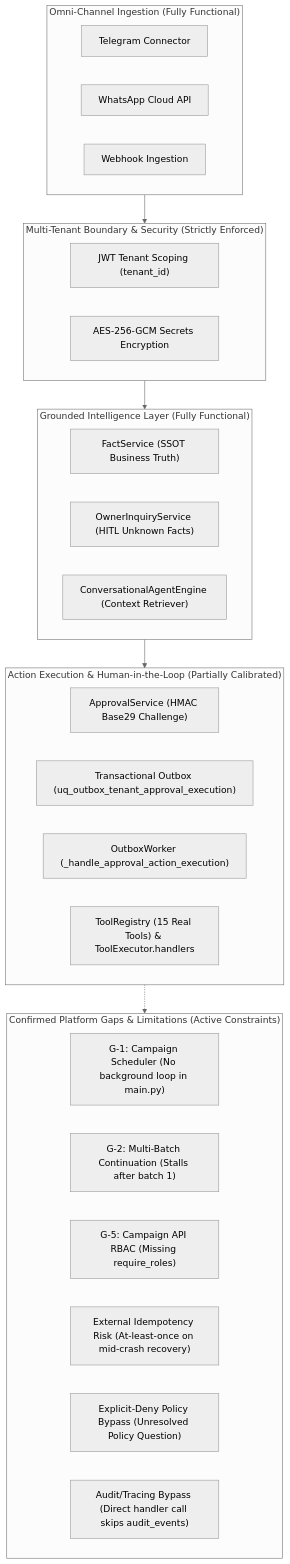
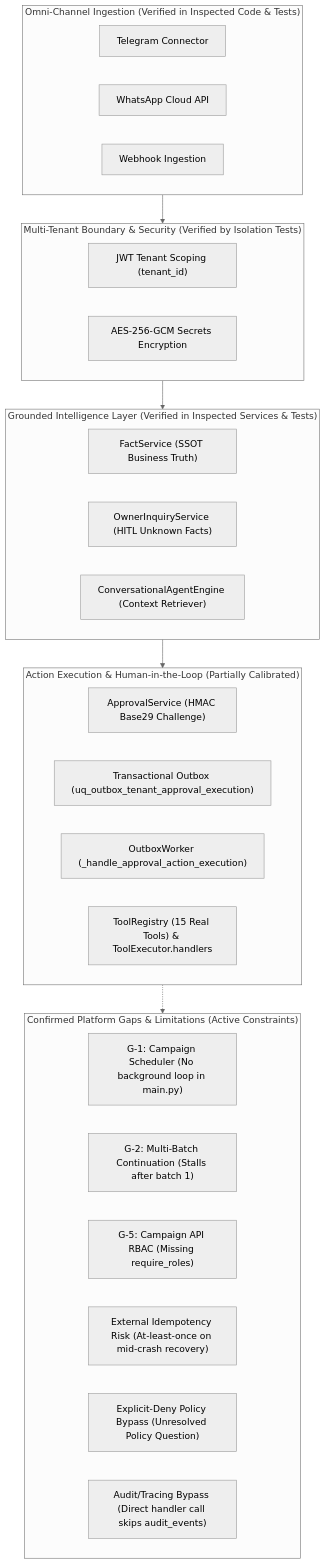
The diagram in docs/audit/comparative-review/COMPARATIVE_ARCHITECTURE_REVIEW.md (QQYC9/ai-employee-platform), drawn with Mermaid (neutral theme) before and after one commit. The commit also changed other lines of this file and 2 other files, not shown here.

````diff
--- a/docs/audit/comparative-review/COMPARATIVE_ARCHITECTURE_REVIEW.md
+++ b/docs/audit/comparative-review/COMPARATIVE_ARCHITECTURE_REVIEW.md
@@ -232,40 +252,40 @@
 ```mermaid
 flowchart TD
-    subgraph Ingestion ["Omni-Channel Ingestion (Fully Functional)"]
+    subgraph Ingestion ["Omni-Channel Ingestion (Verified in Inspected Code & Tests)"]
         TG["Telegram Connector"]
         WA["WhatsApp Cloud API"]
         WEB["Webhook Ingestion"]
     end
 
-    subgraph Boundaries ["Multi-Tenant Boundary & Security (Strictly Enforced)"]
+    subgraph Boundaries ["Multi-Tenant Boundary & Security (Verified by Isolation Tests)"]
         JWT["JWT Tenant Scoping (tenant_id)"]
         AES["AES-256-GCM Secrets Encryption"]
     end
 
-    subgraph Intelligence ["Grounded Intelligence Layer (Fully Functional)"]
+    subgraph Intelligence ["Grounded Intelligence Layer (Verified in Inspected Services & Tests)"]
         Fact["FactService (SSOT Business Truth)"]
         Inq["OwnerInquiryService (HITL Unknown Facts)"]
         Engine["ConversationalAgentEngine (Context Retriever)"]
     end
 
     subgraph ActionGating ["Action Execution & Human-in-the-Loop (Partially Calibrated)"]
         AppSvc["ApprovalService (HMAC Base29 Challenge)"]
         Outbox["Transactional Outbox (uq_outbox_tenant_approval_execution)"]
         Worker["OutboxWorker (_handle_approval_action_execution)"]
         Tools["ToolRegistry (15 Real Tools) & ToolExecutor.handlers"]
     end
 
     subgraph Deficiencies ["Confirmed Platform Gaps & Limitations (Active Constraints)"]
         Sched["G-1: Campaign Scheduler (No background loop in main.py)"]
         Cont["G-2: Multi-Batch Continuation (Stalls after batch 1)"]
         RBAC["G-5: Campaign API RBAC (Missing require_roles)"]
         AtLeastOnce["External Idempotency Risk (At-least-once on mid-crash recovery)"]
         PolicyBypass["Explicit-Deny Policy Bypass (Unresolved Policy Question)"]
         AuditBypass["Audit/Tracing Bypass (Direct handler call skips audit_events)"]
     end
 
     Ingestion --> Boundaries
     Boundaries --> Intelligence
     Intelligence --> ActionGating
     ActionGating -.-> Deficiencies
 ```
````
